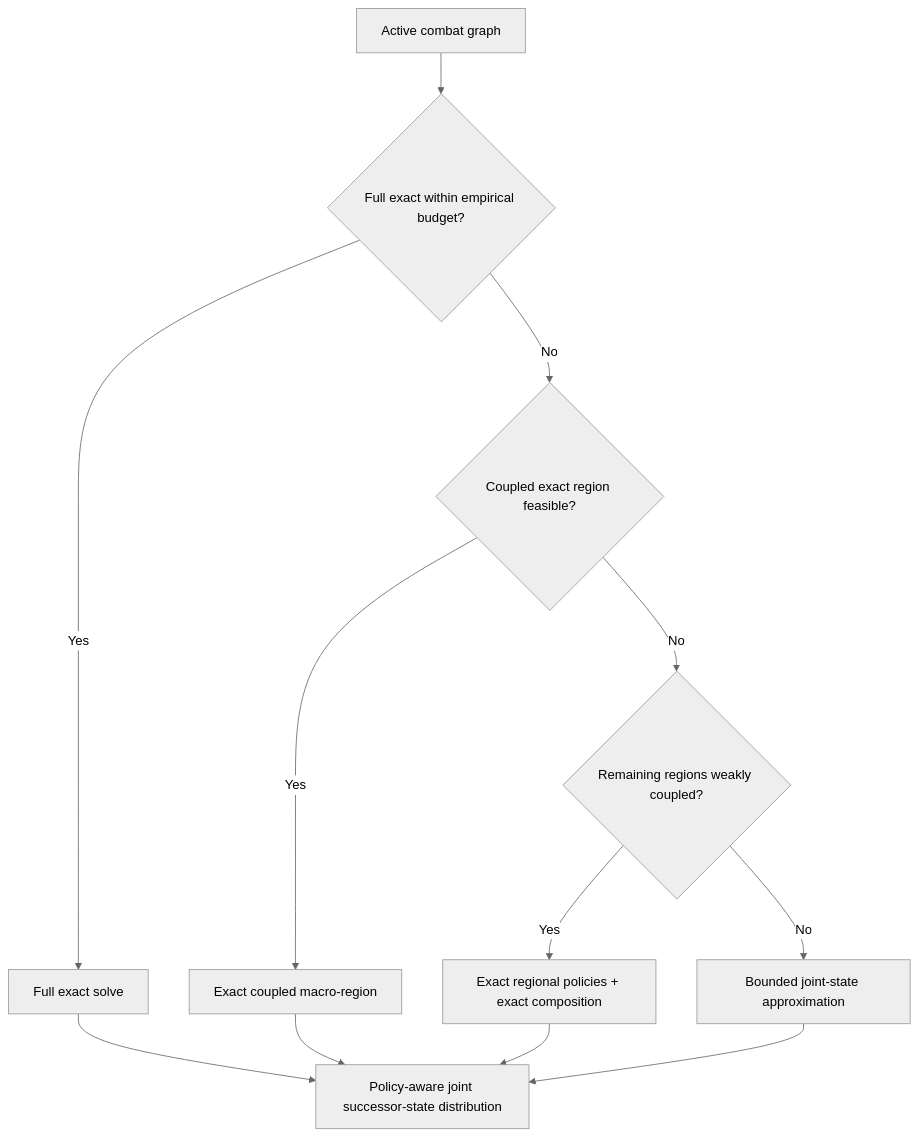
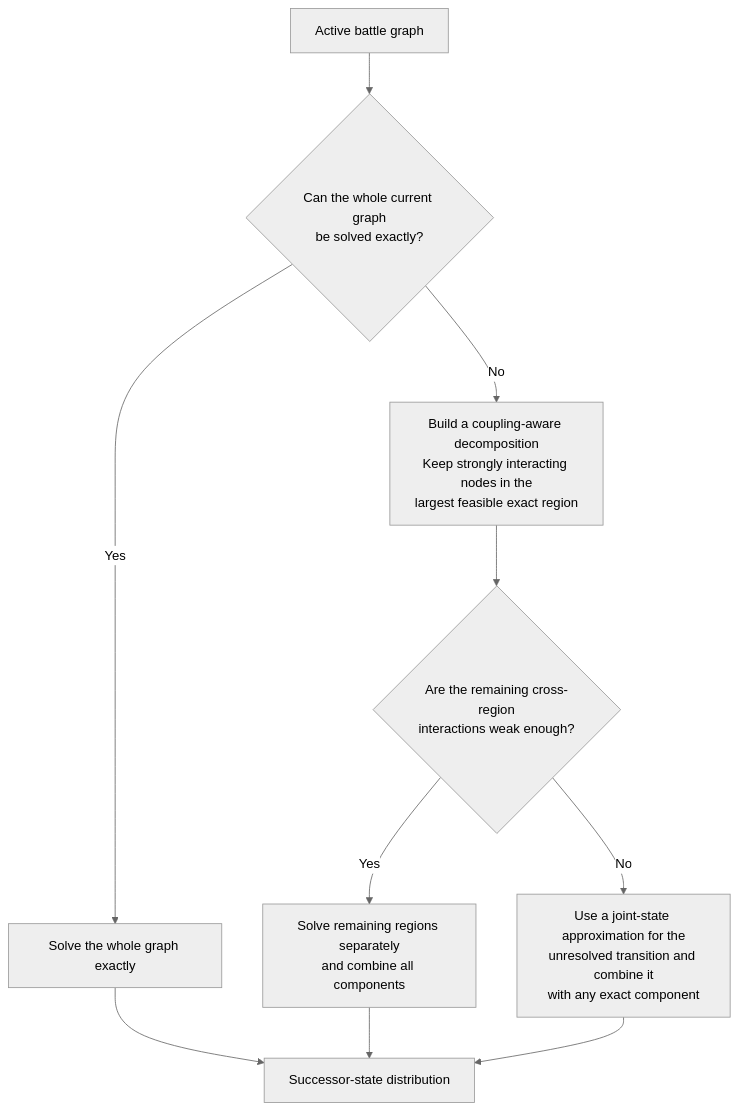
Before and after one commit to IkonRules/risk-strategy-optimization: the diagram in README.md, drawn with Mermaid (neutral theme). The commit also changed other lines of this file and 1 other file, not shown here.

````diff
--- a/README.md
+++ b/README.md
@@ -345,28 +336,21 @@
 ```mermaid
 flowchart TD
-    G["Active combat graph"]
-    F{"Full exact within empirical budget?"}
-    X["Full exact solve"]
-
-    C{"Coupled exact region feasible?"}
-    M["Exact coupled macro-region"]
-
-    W{"Remaining regions weakly coupled?"}
-    R["Exact regional policies + exact composition"]
-
-    A["Bounded joint-state approximation"]
-    J["Policy-aware joint successor-state distribution"]
+    G["Active battle graph"]
+    F{"Can the whole current graph<br/>be solved exactly?"}
+    X["Solve the whole graph exactly"]
+    K["Build a coupling-aware decomposition<br/>Keep strongly interacting nodes in the<br/>largest feasible exact region"]
+    W{"Are the remaining cross-region<br/>interactions weak enough?"}
+    R["Solve remaining regions separately<br/>and combine all components"]
+    A["Use a joint-state approximation for the<br/>unresolved transition and combine it<br/>with any exact component"]
+    J["Successor-state distribution"]
 
     G --> F
     F -- Yes --> X
-    F -- No --> C
-    C -- Yes --> M
-    C -- No --> W
+    X --> J
+    F -- No --> K
+    K --> W
     W -- Yes --> R
     W -- No --> A
-
-    X --> J
-    M --> J
     R --> J
     A --> J
 ```
````
